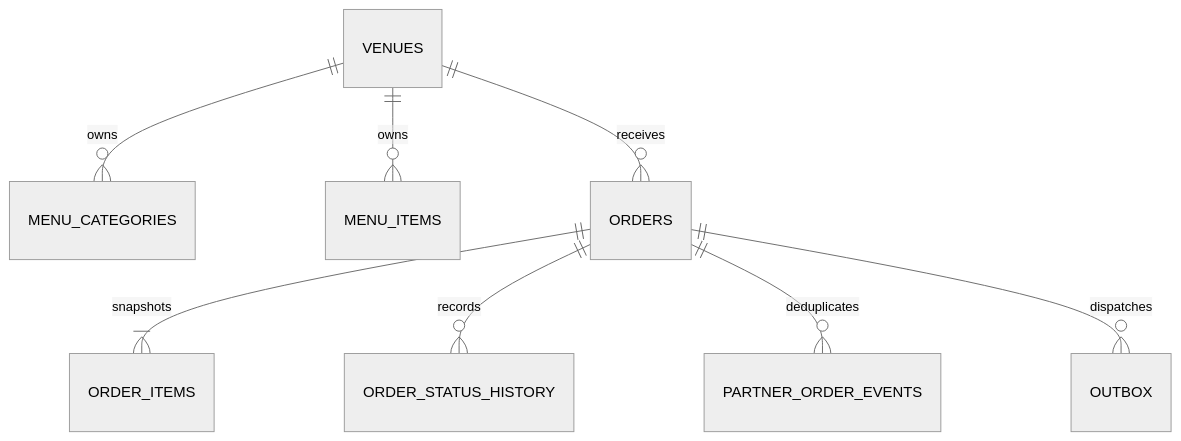
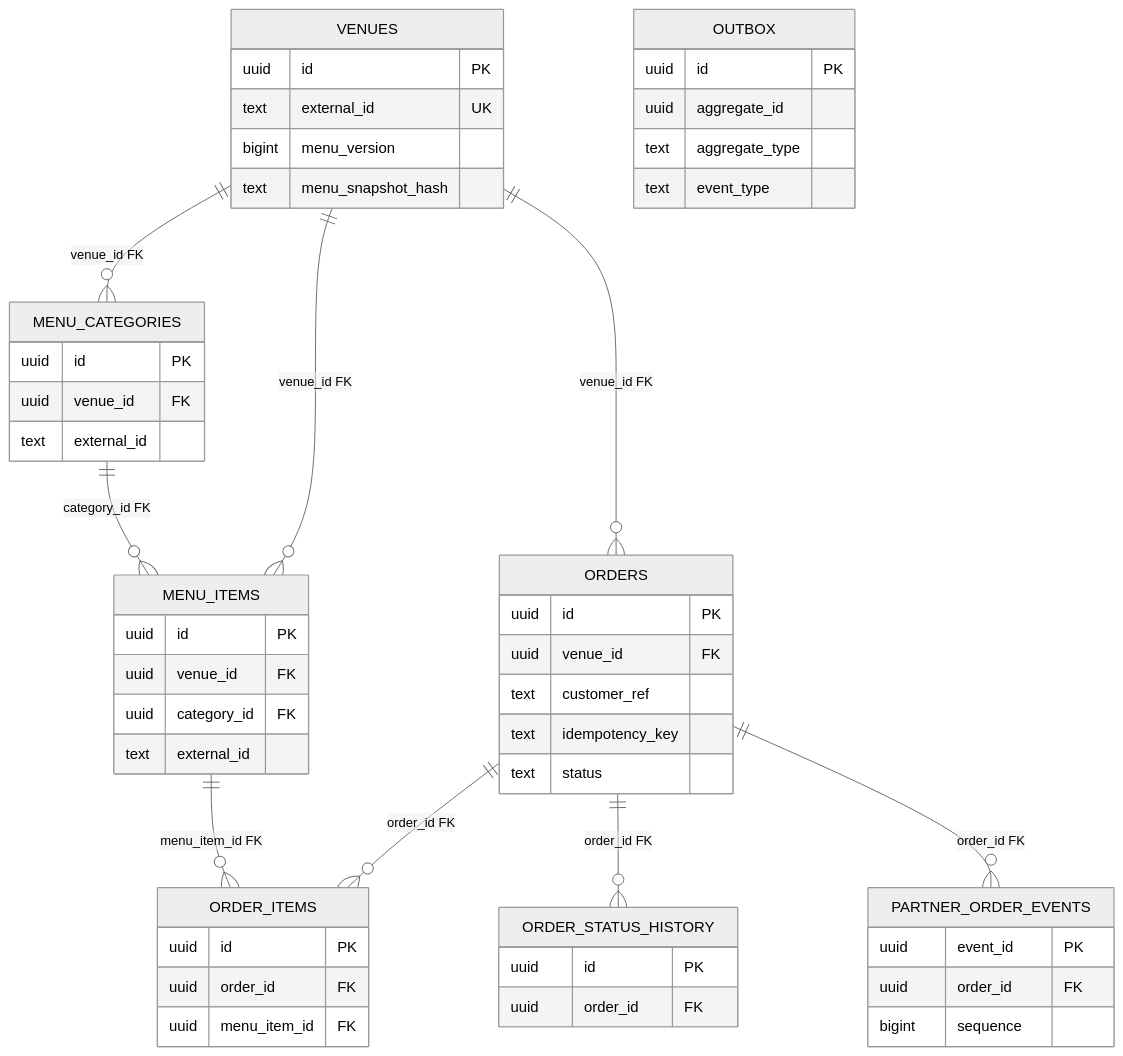
The diagram in docs/diagrams/platform-er.mmd (WithSoull/avito-kitchen), drawn with Mermaid (neutral theme) before and after one commit. The commit also changed 23 other files, not shown here.

```diff
--- a/docs/diagrams/platform-er.mmd
+++ b/docs/diagrams/platform-er.mmd
@@ -1,8 +1,56 @@
 erDiagram
-  VENUES ||--o{ MENU_CATEGORIES : owns
-  VENUES ||--o{ MENU_ITEMS : owns
-  VENUES ||--o{ ORDERS : receives
-  ORDERS ||--|{ ORDER_ITEMS : snapshots
-  ORDERS ||--o{ ORDER_STATUS_HISTORY : records
-  ORDERS ||--o{ PARTNER_ORDER_EVENTS : deduplicates
-  ORDERS ||--o{ OUTBOX : dispatches
+  VENUES ||--o{ MENU_CATEGORIES : "venue_id FK"
+  VENUES ||--o{ MENU_ITEMS : "venue_id FK"
+  MENU_CATEGORIES ||--o{ MENU_ITEMS : "category_id FK"
+  VENUES ||--o{ ORDERS : "venue_id FK"
+  ORDERS ||--o{ ORDER_ITEMS : "order_id FK"
+  MENU_ITEMS ||--o{ ORDER_ITEMS : "menu_item_id FK"
+  ORDERS ||--o{ ORDER_STATUS_HISTORY : "order_id FK"
+  ORDERS ||--o{ PARTNER_ORDER_EVENTS : "order_id FK"
+
+  VENUES {
+    uuid id PK
+    text external_id UK
+    bigint menu_version
+    text menu_snapshot_hash
+  }
+  MENU_CATEGORIES {
+    uuid id PK
+    uuid venue_id FK
+    text external_id
+  }
+  MENU_ITEMS {
+    uuid id PK
+    uuid venue_id FK
+    uuid category_id FK
+    text external_id
+  }
+  ORDERS {
+    uuid id PK
+    uuid venue_id FK
+    text customer_ref
+    text idempotency_key
+    text status
+  }
+  ORDER_ITEMS {
+    uuid id PK
+    uuid order_id FK
+    uuid menu_item_id FK
+  }
+  ORDER_STATUS_HISTORY {
+    uuid id PK
+    uuid order_id FK
+  }
+  PARTNER_ORDER_EVENTS {
+    uuid event_id PK
+    uuid order_id FK
+    bigint sequence
+  }
+  OUTBOX {
+    uuid id PK
+    uuid aggregate_id
+    text aggregate_type
+    text event_type
+  }
+
+  %% outbox.aggregate_id is an application-level reference; the schema has no FK.
```
